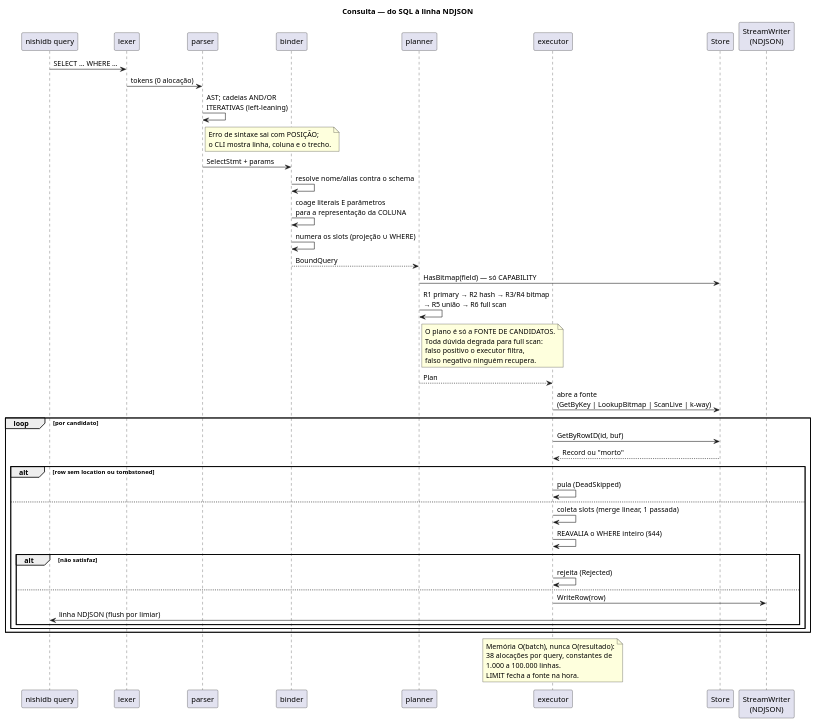
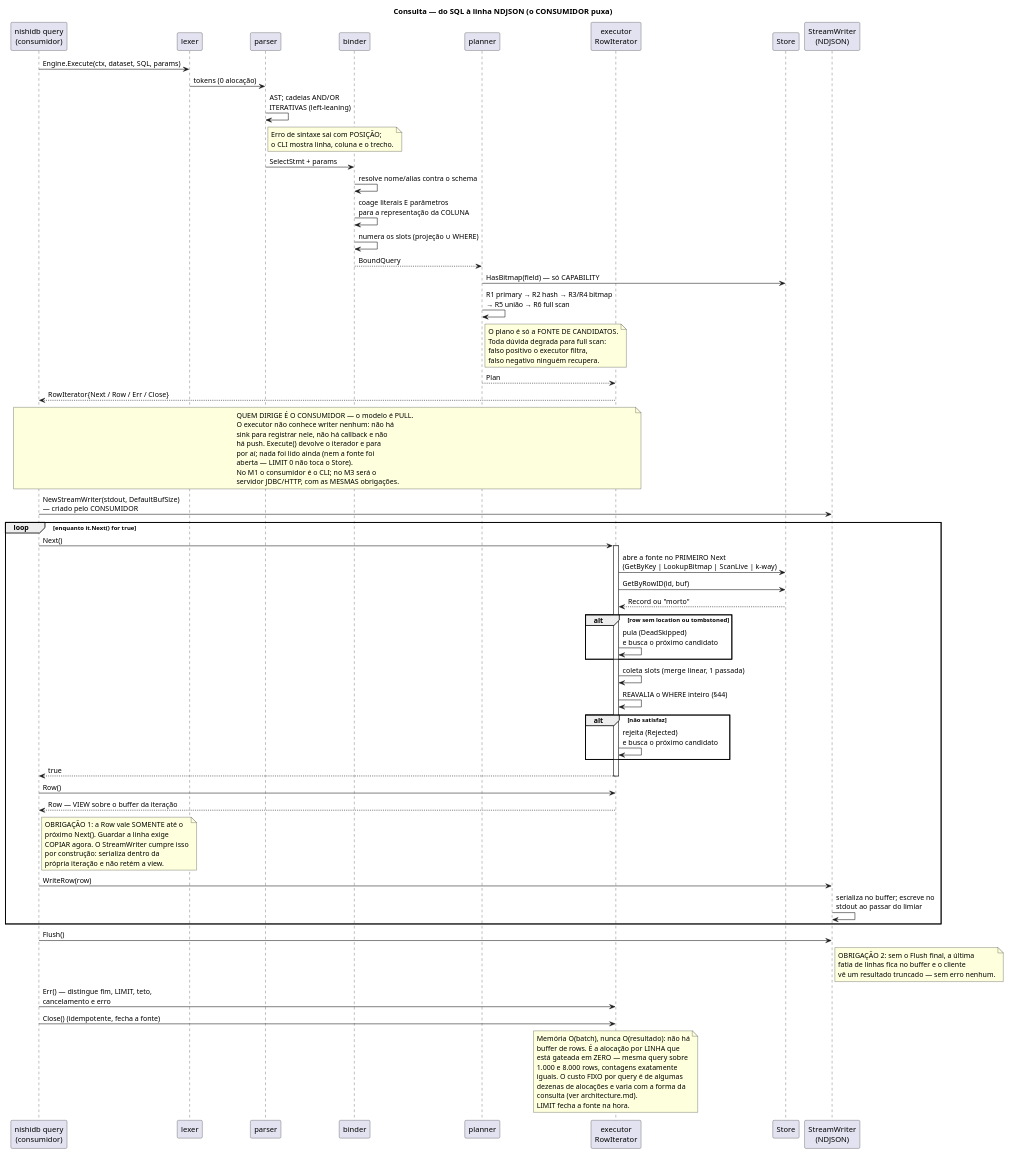
One commit to nishisan-dev/nishidb changed the diagram in docs/diagrams/query_flow.puml. Above: the diagram before and after it, drawn with PlantUML. The commit also changed 4 other files, not shown here.

First line of the commit message:
Corrige nos diagramas o que divergia do código

```diff
--- a/docs/diagrams/query_flow.puml
+++ b/docs/diagrams/query_flow.puml
@@ -1,61 +1,101 @@
 @startuml query_flow
-title Consulta — do SQL à linha NDJSON
+title Consulta — do SQL à linha NDJSON (o CONSUMIDOR puxa)
 
-participant "nishidb query" as cli
+participant "nishidb query\n(consumidor)" as cli
 participant "lexer" as lex
 participant "parser" as par
 participant "binder" as bnd
 participant "planner" as pln
-participant "executor" as exe
+participant "executor\nRowIterator" as exe
 participant "Store" as st
 participant "StreamWriter\n(NDJSON)" as w
 
-cli -> lex : SELECT … WHERE …
+cli -> lex : Engine.Execute(ctx, dataset, SQL, params)
 lex -> par : tokens (0 alocação)
 par -> par : AST; cadeias AND/OR\nITERATIVAS (left-leaning)
 note right of par
   Erro de sintaxe sai com POSIÇÃO;
   o CLI mostra linha, coluna e o trecho.
 end note
 
 par -> bnd : SelectStmt + params
 bnd -> bnd : resolve nome/alias contra o schema
 bnd -> bnd : coage literais E parâmetros\npara a representação da COLUNA
 bnd -> bnd : numera os slots (projeção ∪ WHERE)
 bnd --> pln : BoundQuery
 
 pln -> st : HasBitmap(field) — só CAPABILITY
 pln -> pln : R1 primary → R2 hash → R3/R4 bitmap\n→ R5 união → R6 full scan
 note right of pln
   O plano é só a FONTE DE CANDIDATOS.
   Toda dúvida degrada para full scan:
   falso positivo o executor filtra,
   falso negativo ninguém recupera.
 end note
 pln --> exe : Plan
 
-exe -> st : abre a fonte\n(GetByKey | LookupBitmap | ScanLive | k-way)
-loop por candidato
+exe --> cli : RowIterator{Next / Row / Err / Close}
+note over cli, exe
+  QUEM DIRIGE É O CONSUMIDOR — o modelo é PULL.
+  O executor não conhece writer nenhum: não há
+  sink para registrar nele, não há callback e não
+  há push. Execute() devolve o iterador e para
+  por aí; nada foi lido ainda (nem a fonte foi
+  aberta — LIMIT 0 não toca o Store).
+  No M1 o consumidor é o CLI; no M3 será o
+  servidor JDBC/HTTP, com as MESMAS obrigações.
+end note
+
+cli -> w : NewStreamWriter(stdout, DefaultBufSize)\n— criado pelo CONSUMIDOR
+
+loop enquanto it.Next() for true
+  cli -> exe : Next()
+  activate exe
+  exe -> st : abre a fonte no PRIMEIRO Next\n(GetByKey | LookupBitmap | ScanLive | k-way)
   exe -> st : GetByRowID(id, buf)
   st --> exe : Record ou "morto"
   alt row sem location ou tombstoned
-    exe -> exe : pula (DeadSkipped)
-  else
-    exe -> exe : coleta slots (merge linear, 1 passada)
-    exe -> exe : REAVALIA o WHERE inteiro (§44)
-    alt não satisfaz
-      exe -> exe : rejeita (Rejected)
-    else
-      exe -> w : WriteRow(row)
-      w -> cli : linha NDJSON (flush por limiar)
-    end
+    exe -> exe : pula (DeadSkipped)\ne busca o próximo candidato
   end
+  exe -> exe : coleta slots (merge linear, 1 passada)
+  exe -> exe : REAVALIA o WHERE inteiro (§44)
+  alt não satisfaz
+    exe -> exe : rejeita (Rejected)\ne busca o próximo candidato
+  end
+  exe --> cli : true
+  deactivate exe
+
+  cli -> exe : Row()
+  exe --> cli : Row — VIEW sobre o buffer da iteração
+  note right of cli
+    OBRIGAÇÃO 1: a Row vale SOMENTE até o
+    próximo Next(). Guardar a linha exige
+    COPIAR agora. O StreamWriter cumpre isso
+    por construção: serializa dentro da
+    própria iteração e não retém a view.
+  end note
+  cli -> w : WriteRow(row)
+  w -> w : serializa no buffer; escreve no\nstdout ao passar do limiar
 end
 
+cli -> w : Flush()
+note right of w
+  OBRIGAÇÃO 2: sem o Flush final, a última
+  fatia de linhas fica no buffer e o cliente
+  vê um resultado truncado — sem erro nenhum.
+end note
+
+cli -> exe : Err() — distingue fim, LIMIT, teto,\ncancelamento e erro
+cli -> exe : Close() (idempotente, fecha a fonte)
+
 note over exe
-  Memória O(batch), nunca O(resultado):
-  38 alocações por query, constantes de
-  1.000 a 100.000 linhas.
+  Memória O(batch), nunca O(resultado): não há
+  buffer de rows. É a alocação por LINHA que
+  está gateada em ZERO — mesma query sobre
+  1.000 e 8.000 rows, contagens exatamente
+  iguais. O custo FIXO por query é de algumas
+  dezenas de alocações e varia com a forma da
+  consulta (ver architecture.md).
   LIMIT fecha a fonte na hora.
 end note
 @enduml
```
